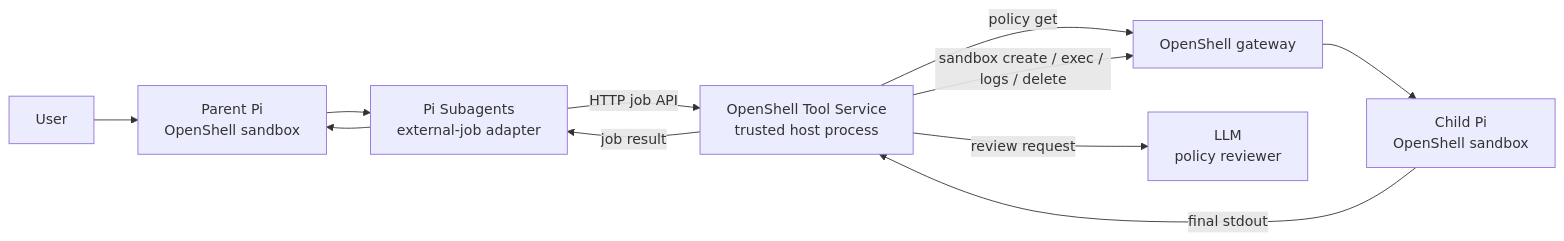
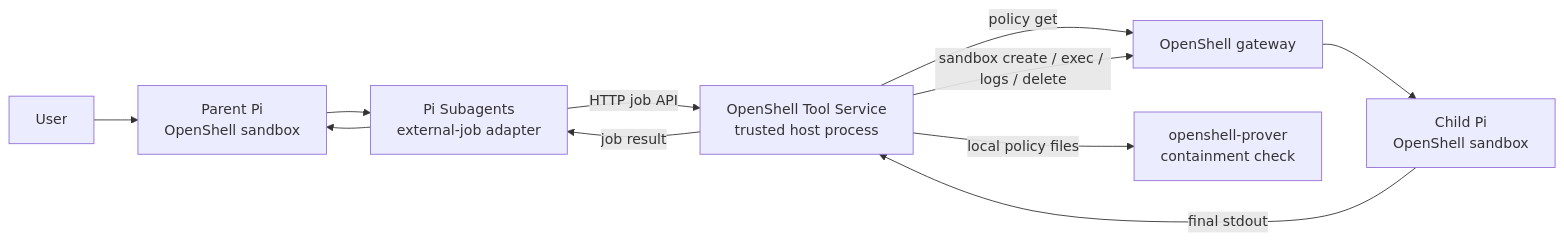
Before and after one commit to NVIDIA/OpenShell-Research: the diagram in projects/pi-openshell-subagent-poc/architecture_details.md, drawn with Mermaid. The commit also changed other lines of this file and 26 other files, not shown here.

Commit message:
feat(pi-poc): use native policy prover for subagent delegation

````diff
--- a/projects/pi-openshell-subagent-poc/architecture_details.md
+++ b/projects/pi-openshell-subagent-poc/architecture_details.md
@@ -15,13 +15,13 @@
 ```mermaid
 flowchart LR
     User --> Parent[Parent Pi\nOpenShell sandbox]
     Parent --> Adapter[Pi Subagents\nexternal-job adapter]
     Adapter -->|HTTP job API| Tool[OpenShell Tool Service\ntrusted host process]
     Tool -->|policy get| Gateway[OpenShell gateway]
-    Tool -->|review request| Reviewer[LLM\npolicy reviewer]
+    Tool -->|local policy files| Reviewer[openshell-prover\ncontainment check]
     Tool -->|sandbox create / exec / logs / delete| Gateway
     Gateway --> Child[Child Pi\nOpenShell sandbox]
     Child -->|final stdout| Tool
     Tool -->|job result| Adapter
     Adapter --> Parent
 ```
````
